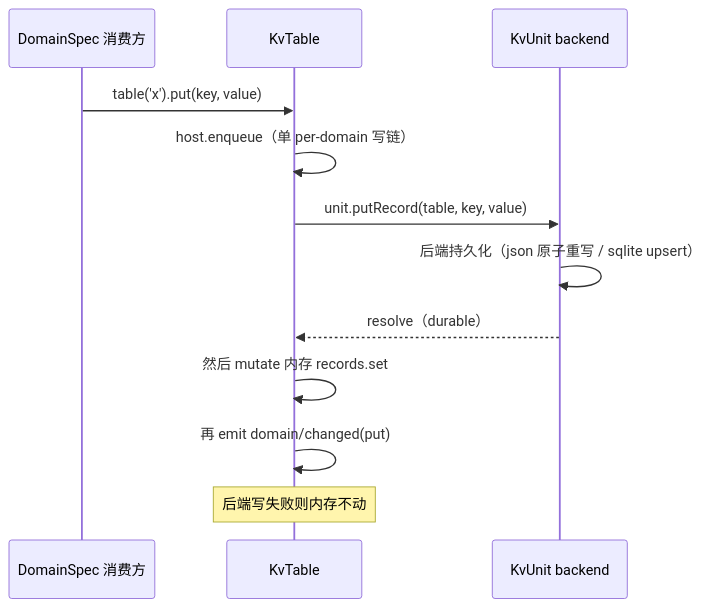
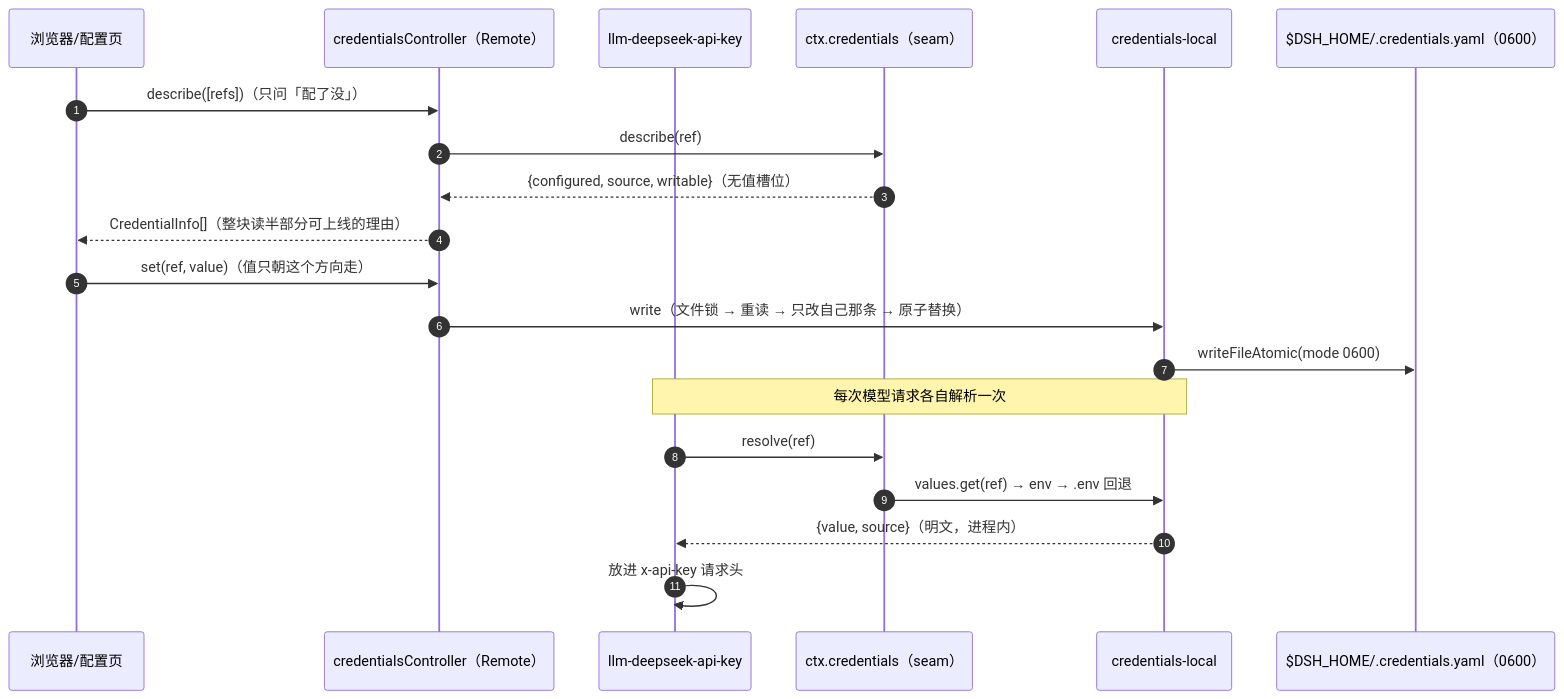
The fifth of 5 diagrams in ai-agent/deepseek-harness/data-model.md (morehao/oss-insights), drawn with Mermaid before and after one commit. The commit also changed other lines of this file and 40 other files, not shown here.

````diff
--- a/ai-agent/deepseek-harness/data-model.md
+++ b/ai-agent/deepseek-harness/data-model.md
@@ -493,14 +385,22 @@
 ```mermaid
 sequenceDiagram
-    participant D as DomainSpec 消费方
-    participant T as KvTable
-    participant B as KvUnit backend
-    D->>T: table('x').put(key, value)
-    T->>T: host.enqueue（单 per-domain 写链）
-    T->>B: unit.putRecord(table, key, value)
-    B->>B: 后端持久化（json 原子重写 / sqlite upsert）
-    B-->>T: resolve（durable）
-    T->>T: 然后 mutate 内存 records.set
-    T->>T: 再 emit domain/changed(put)
-    Note over T: 后端写失败则内存不动
+  autonumber
+  participant UI as 浏览器/配置页
+  participant Ctrl as credentialsController（Remote）
+  participant LLM as llm-deepseek-api-key
+  participant Cred as ctx.credentials（seam）
+  participant Local as credentials-local
+  participant File as $DSH_HOME/.credentials.yaml（0600）
+  UI->>Ctrl: describe([refs])（只问「配了没」）
+  Ctrl->>Cred: describe(ref)
+  Cred-->>Ctrl: {configured, source, writable}（无值槽位）
+  Ctrl-->>UI: CredentialInfo[]（整块读半部分可上线的理由）
+  UI->>Ctrl: set(ref, value)（值只朝这个方向走）
+  Ctrl->>Local: write（文件锁 → 重读 → 只改自己那条 → 原子替换）
+  Local->>File: writeFileAtomic(mode 0600)
+  Note over LLM,Local: 每次模型请求各自解析一次
+  LLM->>Cred: resolve(ref)
+  Cred->>Local: values.get(ref) → env → .env 回退
+  Local-->>LLM: {value, source}（明文，进程内）
+  LLM->>LLM: 放进 x-api-key 请求头
 ```
````
